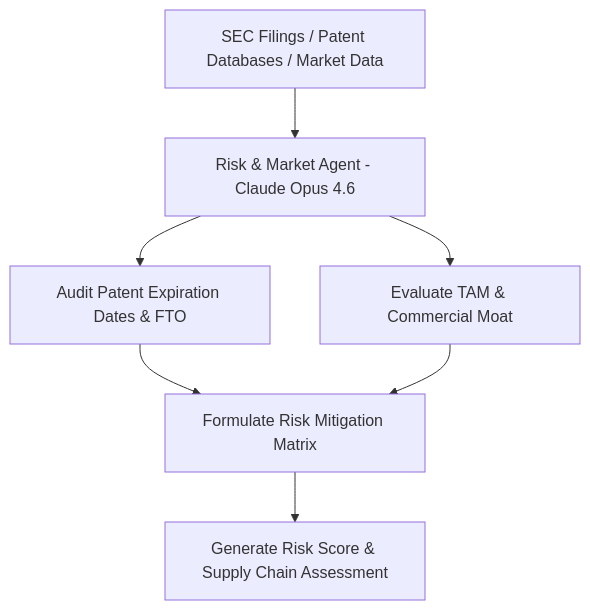
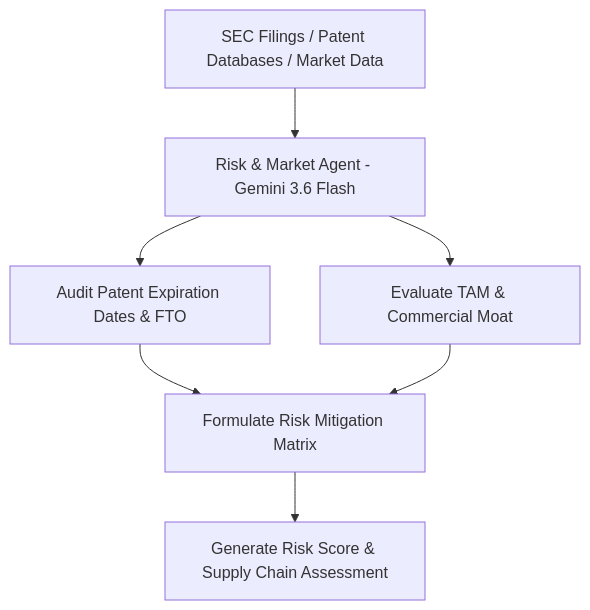
Before and after one commit to BretonsACT/IPO-Biotechnology: the diagram in agents/04_risk_market_agent.md, drawn with Mermaid. The commit also changed other lines of this file and 14 other files, not shown here.

Commit message:
Release v2.4: Implement task-optimized Hybrid Multi-Agent LLM Architecture (Gemini 3.6 Flash for data intake & media, Claude Opus 4.6 for clinical, financial & synthesis)

````diff
--- a/agents/04_risk_market_agent.md
+++ b/agents/04_risk_market_agent.md
@@ -20,8 +20,8 @@
 ```mermaid
 graph TD
-    A[SEC Filings / Patent Databases / Market Data] --> B[Risk & Market Agent - Claude Opus 4.6]
+    A[SEC Filings / Patent Databases / Market Data] --> B[Risk & Market Agent - Gemini 3.6 Flash]
     B --> C[Audit Patent Expiration Dates & FTO]
     B --> D[Evaluate TAM & Commercial Moat]
     C & D --> E[Formulate Risk Mitigation Matrix]
     E --> F[Generate Risk Score & Supply Chain Assessment]
 ```
````
